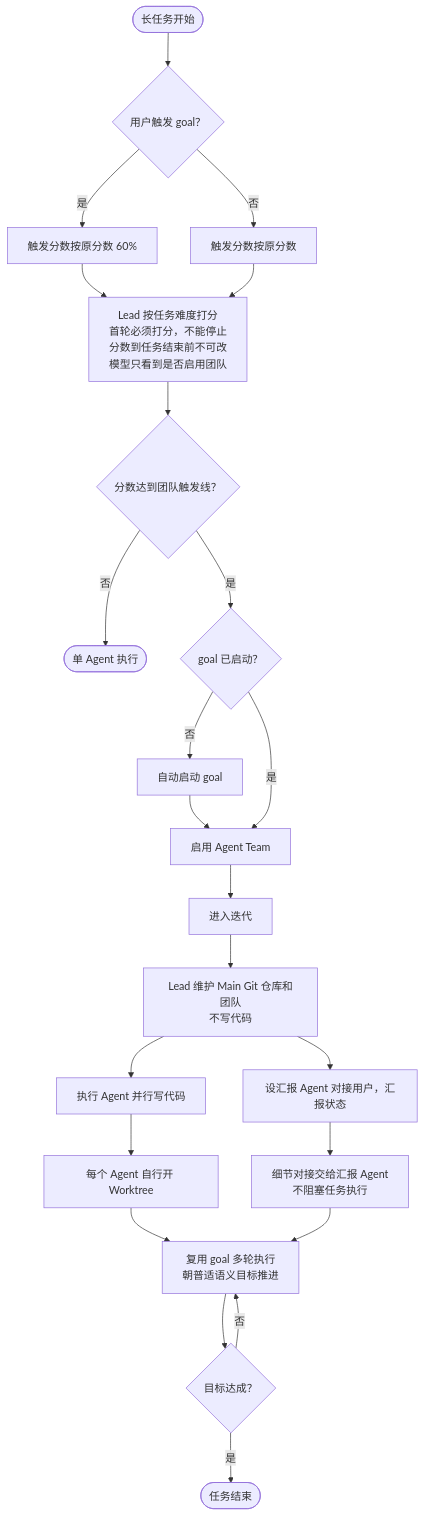
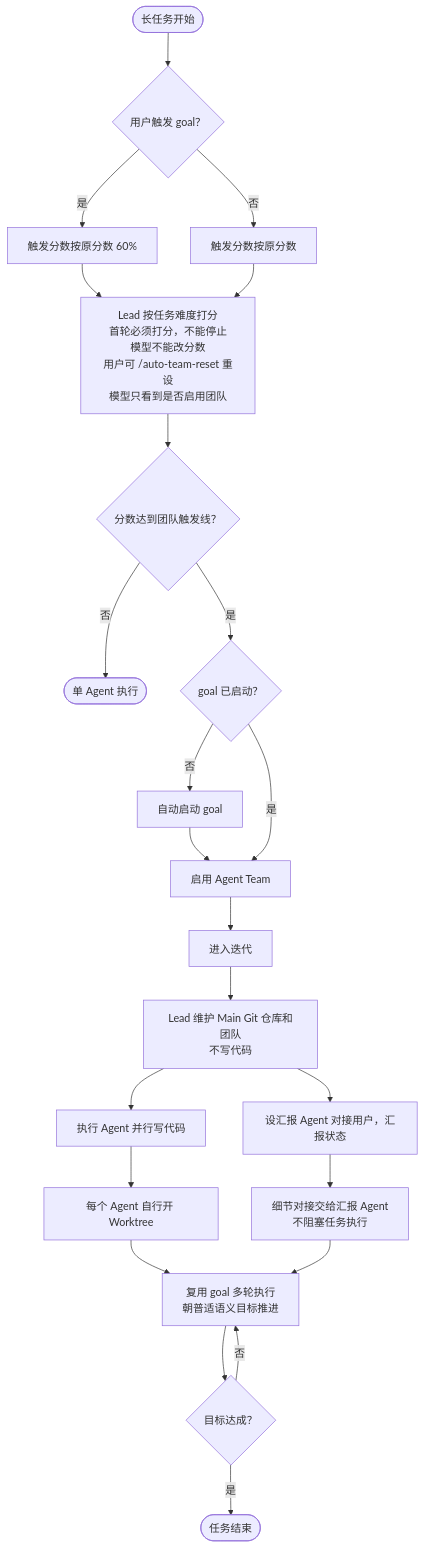
Before and after one commit to omdsh-dev/auto-team: the diagram in docs/auto-team-design.md, drawn with Mermaid. The commit also changed other lines of this file and 12 other files, not shown here.

Commit message:
feat: add user-triggered score reset command

````diff
--- a/docs/auto-team-design.md
+++ b/docs/auto-team-design.md
@@ -47,25 +49,25 @@
 ```mermaid
 flowchart TD
     START([长任务开始]) --> USER_GOAL{用户触发 goal？}
     USER_GOAL -- 是 --> SIXTY[触发分数按原分数 60%]
     USER_GOAL -- 否 --> FULL[触发分数按原分数]
-    SIXTY --> SCORE[Lead 按任务难度打分<br/>首轮必须打分，不能停止<br/>分数到任务结束前不可改<br/>模型只看到是否启用团队]
+    SIXTY --> SCORE[Lead 按任务难度打分<br/>首轮必须打分，不能停止<br/>模型不能改分数<br/>用户可 /auto-team-reset 重设<br/>模型只看到是否启用团队]
     FULL --> SCORE
     SCORE --> ENOUGH{分数达到团队触发线？}
     ENOUGH -- 否 --> SOLO([单 Agent 执行])
     ENOUGH -- 是 --> GOAL_STARTED{goal 已启动？}
     GOAL_STARTED -- 否 --> AUTO_GOAL[自动启动 goal]
     AUTO_GOAL --> TEAM[启用 Agent Team]
     GOAL_STARTED -- 是 --> TEAM
     TEAM --> ITER[进入迭代]
     ITER --> LEAD[Lead 维护 Main Git 仓库和团队<br/>不写代码]
     LEAD --> REPORT[设汇报 Agent 对接用户，汇报状态]
     LEAD --> WORKERS[执行 Agent 并行写代码]
     WORKERS --> WT[每个 Agent 自行开 Worktree]
     WT --> GOAL_LOOP[复用 goal 多轮执行<br/>朝普适语义目标推进]
     REPORT --> DETAIL[细节对接交给汇报 Agent<br/>不阻塞任务执行]
     DETAIL --> GOAL_LOOP
     GOAL_LOOP --> DONE{目标达成？}
     DONE -- 否 --> GOAL_LOOP
     DONE -- 是 --> FINISH([任务结束])
 ```
````
